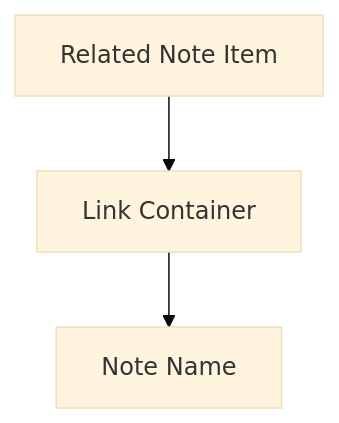
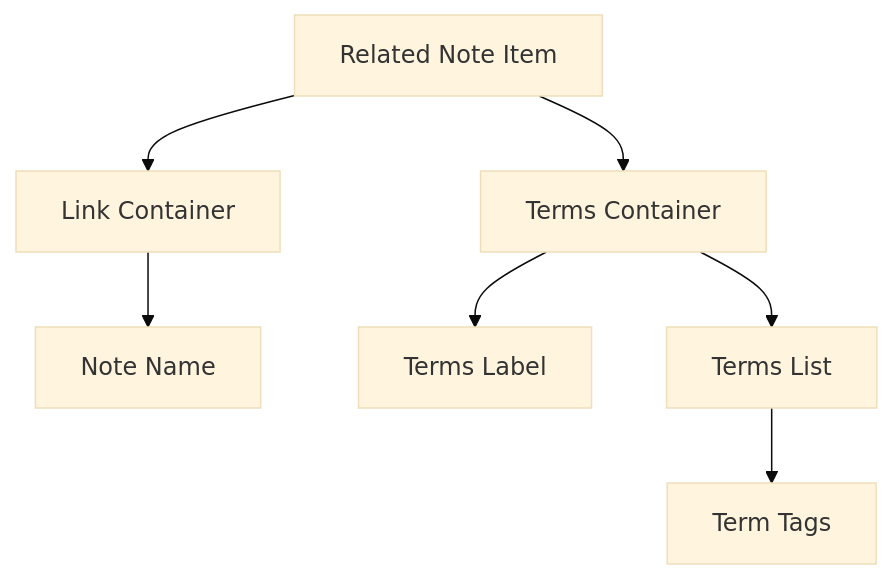
One commit to mrboxtobox/obsidian-related-notes changed the fourth of 7 diagrams in LLM.md. Above: the diagram before and after it, drawn with Mermaid (base theme). The commit also changed other lines of this file and 5 other files, not shown here.

````diff
--- a/LLM.md
+++ b/LLM.md
@@ -146,5 +147,9 @@
    ```mermaid
    graph TD
       A[Related Note Item] --> B[Link Container]
       B --> C[Note Name]
+      A --> D[Terms Container]
+      D --> E[Terms Label]
+      D --> F[Terms List]
+      F --> G[Term Tags]
    ```
````
